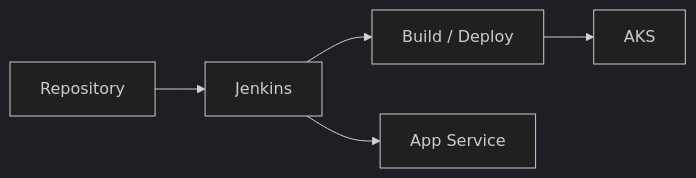
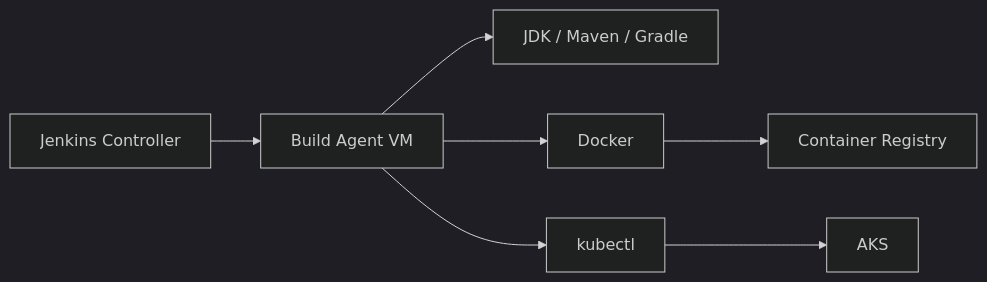
The second of 2 diagrams in content/03_PROJECTS/2024-aia-aks-cicd.md (min-ser/min-ser.github.io), drawn with Mermaid (dark theme) before and after one commit. The commit also changed other lines of this file and 7 other files, not shown here.

````diff
--- a/content/03_PROJECTS/2024-aia-aks-cicd.md
+++ b/content/03_PROJECTS/2024-aia-aks-cicd.md
@@ -16,7 +70,9 @@
 ```mermaid
 flowchart LR
- SRC[Repository] --> J[Jenkins]
- J --> BUILD[Build / Deploy]
- BUILD --> AKS[AKS]
- J --> APP[App Service]
+ J[Jenkins Controller] --> A[Build Agent VM]
+ A --> JDK[JDK / Maven / Gradle]
+ A --> D[Docker]
+ A --> K[kubectl]
+ D --> ACR[Container Registry]
+ K --> AKS[AKS]
 ```
````
